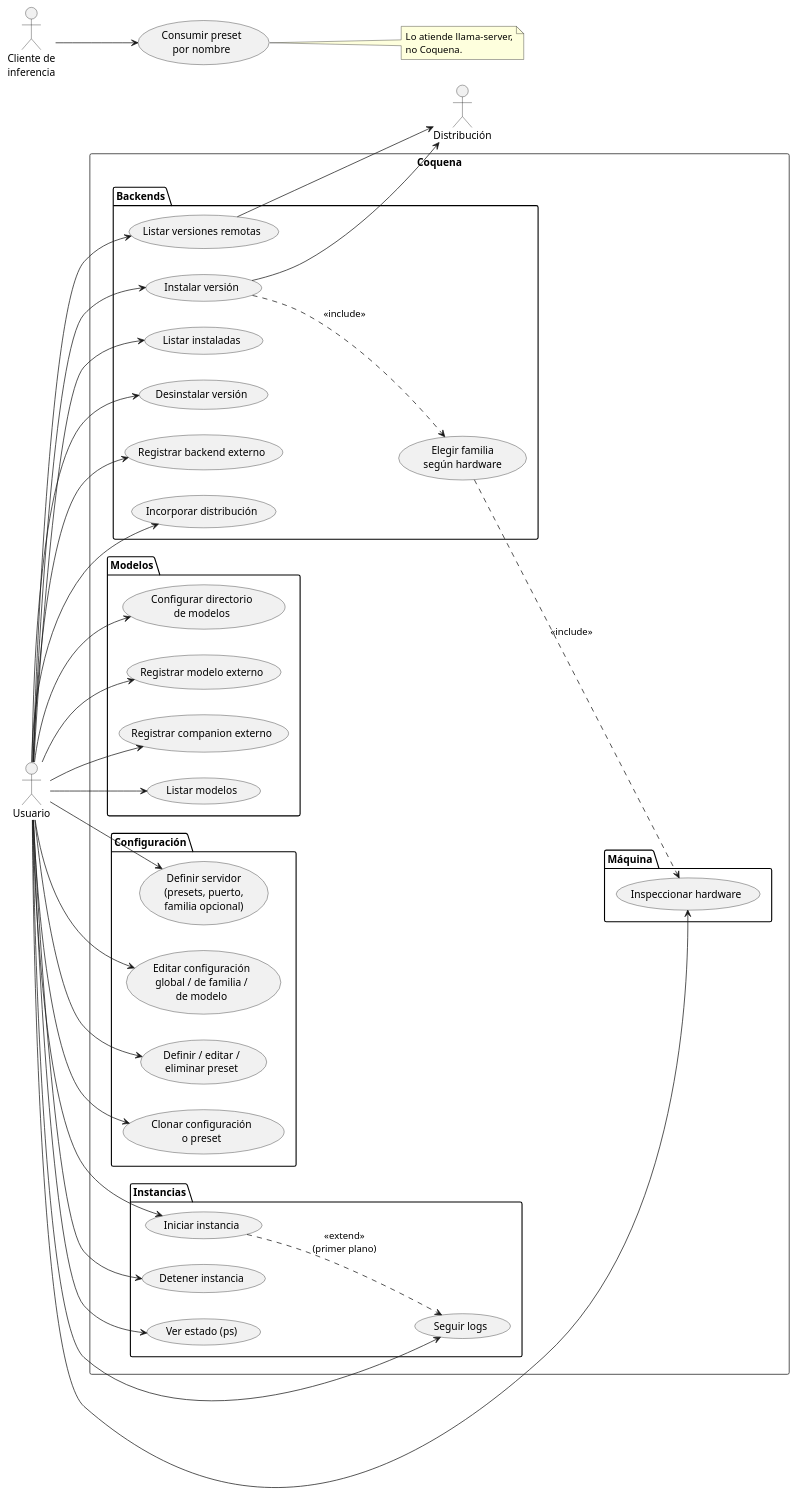
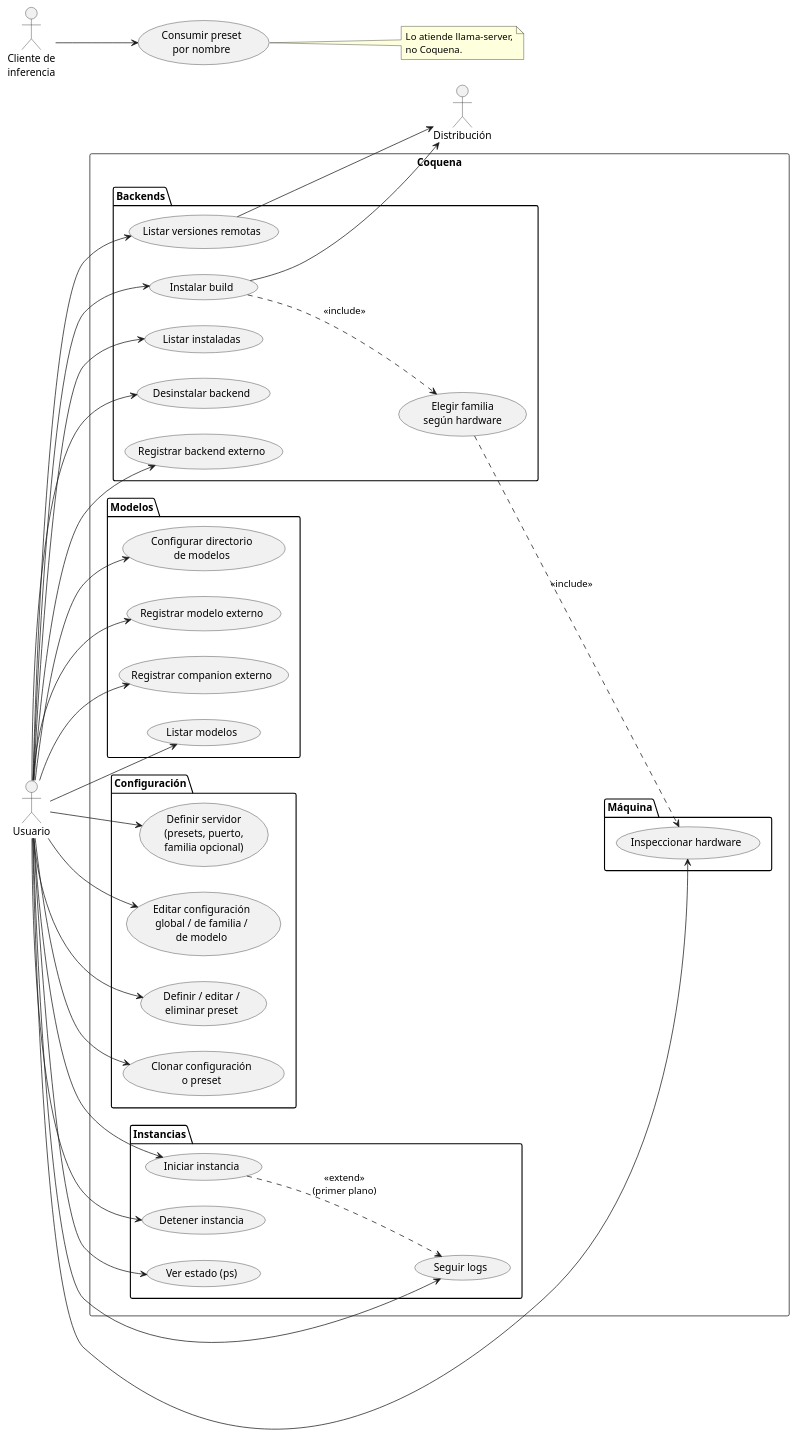
The diagram in docs/casos-de-uso.md (mstranich/coquena), drawn with PlantUML before and after one commit. The commit also changed other lines of this file and 6 other files, not shown here.

````diff
--- a/docs/casos-de-uso.md
+++ b/docs/casos-de-uso.md
@@ -13,73 +13,71 @@
 ```plantuml
 @startuml
 left to right direction
 actor Usuario
 actor "Cliente de\ninferencia" as Cliente
 actor "Distribución" as GH
 
 rectangle Coquena {
   package Máquina {
     usecase "Inspeccionar hardware" as UC_HW
   }
   package Backends {
     usecase "Listar versiones remotas" as UC_BR
-    usecase "Instalar versión" as UC_BI
+    usecase "Instalar build" as UC_BI
     usecase "Listar instaladas" as UC_BL
-    usecase "Desinstalar versión" as UC_BD
+    usecase "Desinstalar backend" as UC_BD
     usecase "Registrar backend externo" as UC_BE
     usecase "Elegir familia\nsegún hardware" as UC_VAR
-    usecase "Incorporar distribución" as UC_DI
   }
   package Modelos {
     usecase "Configurar directorio\nde modelos" as UC_MD
     usecase "Registrar modelo externo" as UC_MR
     usecase "Registrar companion externo" as UC_CR
     usecase "Listar modelos" as UC_ML
   }
   package Configuración {
     usecase "Definir servidor\n(presets, puerto,\nfamilia opcional)" as UC_ID
     usecase "Editar configuración\nglobal / de familia /\nde modelo" as UC_IG
     usecase "Definir / editar /\neliminar preset" as UC_PD
     usecase "Clonar configuración\no preset" as UC_PC
   }
   package Instancias {
     usecase "Iniciar instancia" as UC_IS
     usecase "Detener instancia" as UC_IX
     usecase "Ver estado (ps)" as UC_IP
     usecase "Seguir logs" as UC_IL
   }
 }
 
 Usuario --> UC_HW
 Usuario --> UC_BR
 Usuario --> UC_BI
 Usuario --> UC_BL
 Usuario --> UC_BD
 Usuario --> UC_BE
-Usuario --> UC_DI
 Usuario --> UC_MD
 Usuario --> UC_MR
 Usuario --> UC_CR
 Usuario --> UC_ML
 Usuario --> UC_ID
 Usuario --> UC_IG
 Usuario --> UC_PD
 Usuario --> UC_PC
 Usuario --> UC_IS
 Usuario --> UC_IX
 Usuario --> UC_IP
 Usuario --> UC_IL
 
 UC_BR --> GH
 UC_BI --> GH
 UC_BI ..> UC_VAR : <<include>>
 UC_VAR ..> UC_HW : <<include>>
 UC_IS ..> UC_IL : <<extend>>\n(primer plano)
 
 Cliente --> (Consumir preset\npor nombre)
 note right of (Consumir preset\npor nombre)
   Lo atiende llama-server,
   no Coquena.
 end note
 @enduml
 ```
````
